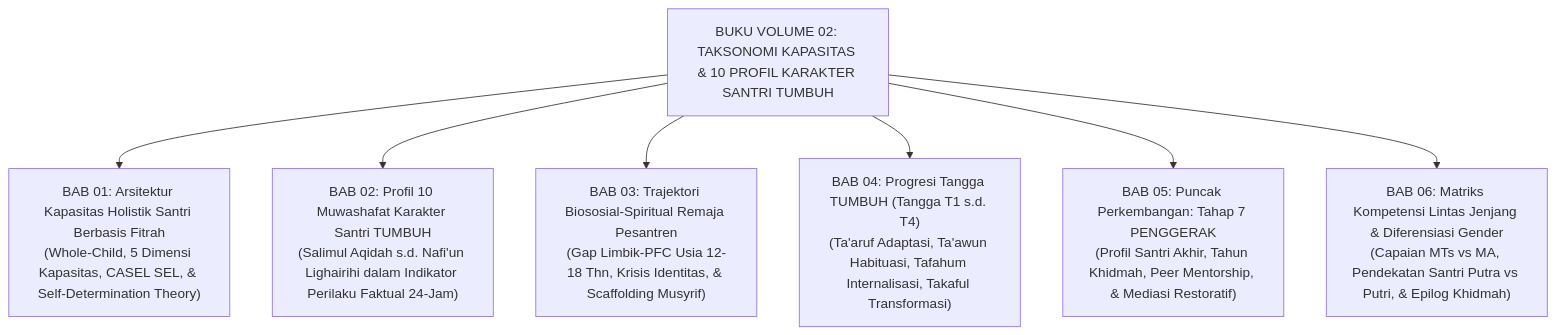
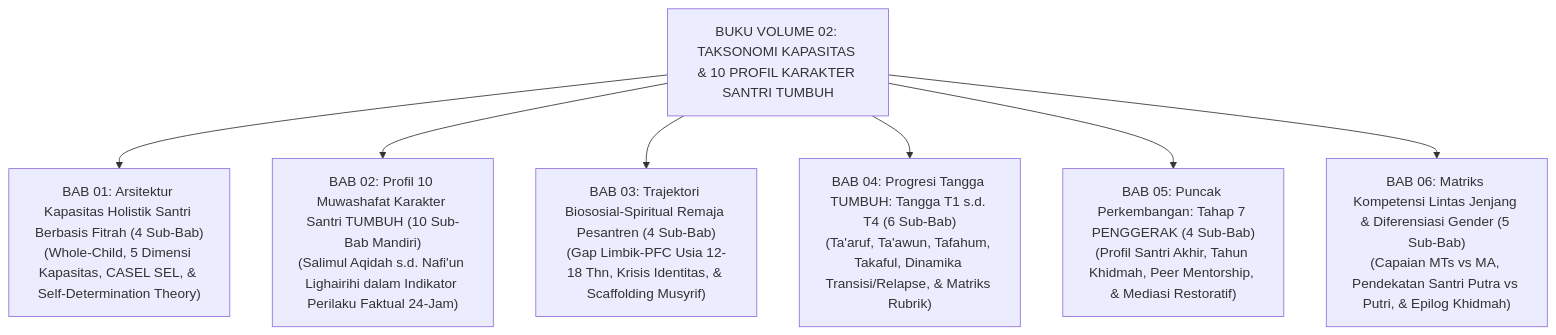
One commit to wandiapriliyandi/tumbuh changed the diagram in BOOK-SERIES/Volume-02/README.md. Above: the diagram before and after it, drawn with Mermaid. The commit also changed other lines of this file and 27 other files, not shown here.

Commit message:
refactor(vol-02): restructure chapters organically (4, 10, 4, 6, 4, 5 sub-chapters) with complete verification

````diff
--- a/BOOK-SERIES/Volume-02/README.md
+++ b/BOOK-SERIES/Volume-02/README.md
@@ -27,16 +27,16 @@
 ```mermaid
 graph TD
     Vol2["BUKU VOLUME 02: TAKSONOMI KAPASITAS & 10 PROFIL KARAKTER SANTRI TUMBUH"]
     
-    Vol2 --> B1["BAB 01: Arsitektur Kapasitas Holistik Santri Berbasis Fitrah<br/>(Whole-Child, 5 Dimensi Kapasitas, CASEL SEL, & Self-Determination Theory)"]
+    Vol2 --> B1["BAB 01: Arsitektur Kapasitas Holistik Santri Berbasis Fitrah (4 Sub-Bab)<br/>(Whole-Child, 5 Dimensi Kapasitas, CASEL SEL, & Self-Determination Theory)"]
     
-    Vol2 --> B2["BAB 02: Profil 10 Muwashafat Karakter Santri TUMBUH<br/>(Salimul Aqidah s.d. Nafi'un Lighairihi dalam Indikator Perilaku Faktual 24-Jam)"]
+    Vol2 --> B2["BAB 02: Profil 10 Muwashafat Karakter Santri TUMBUH (10 Sub-Bab Mandiri)<br/>(Salimul Aqidah s.d. Nafi'un Lighairihi dalam Indikator Perilaku Faktual 24-Jam)"]
     
-    Vol2 --> B3["BAB 03: Trajektori Biososial-Spiritual Remaja Pesantren<br/>(Gap Limbik-PFC Usia 12-18 Thn, Krisis Identitas, & Scaffolding Musyrif)"]
+    Vol2 --> B3["BAB 03: Trajektori Biososial-Spiritual Remaja Pesantren (4 Sub-Bab)<br/>(Gap Limbik-PFC Usia 12-18 Thn, Krisis Identitas, & Scaffolding Musyrif)"]
     
-    Vol2 --> B4["BAB 04: Progresi Tangga TUMBUH (Tangga T1 s.d. T4)<br/>(Ta'aruf Adaptasi, Ta'awun Habituasi, Tafahum Internalisasi, Takaful Transformasi)"]
+    Vol2 --> B4["BAB 04: Progresi Tangga TUMBUH: Tangga T1 s.d. T4 (6 Sub-Bab)<br/>(Ta'aruf, Ta'awun, Tafahum, Takaful, Dinamika Transisi/Relapse, & Matriks Rubrik)"]
     
-    Vol2 --> B5["BAB 05: Puncak Perkembangan: Tahap 7 PENGGERAK<br/>(Profil Santri Akhir, Tahun Khidmah, Peer Mentorship, & Mediasi Restoratif)"]
+    Vol2 --> B5["BAB 05: Puncak Perkembangan: Tahap 7 PENGGERAK (4 Sub-Bab)<br/>(Profil Santri Akhir, Tahun Khidmah, Peer Mentorship, & Mediasi Restoratif)"]
     
-    Vol2 --> B6["BAB 06: Matriks Kompetensi Lintas Jenjang & Diferensiasi Gender<br/>(Capaian MTs vs MA, Pendekatan Santri Putra vs Putri, & Epilog Khidmah)"]
+    Vol2 --> B6["BAB 06: Matriks Kompetensi Lintas Jenjang & Diferensiasi Gender (5 Sub-Bab)<br/>(Capaian MTs vs MA, Pendekatan Santri Putra vs Putri, & Epilog Khidmah)"]
 ```
````
